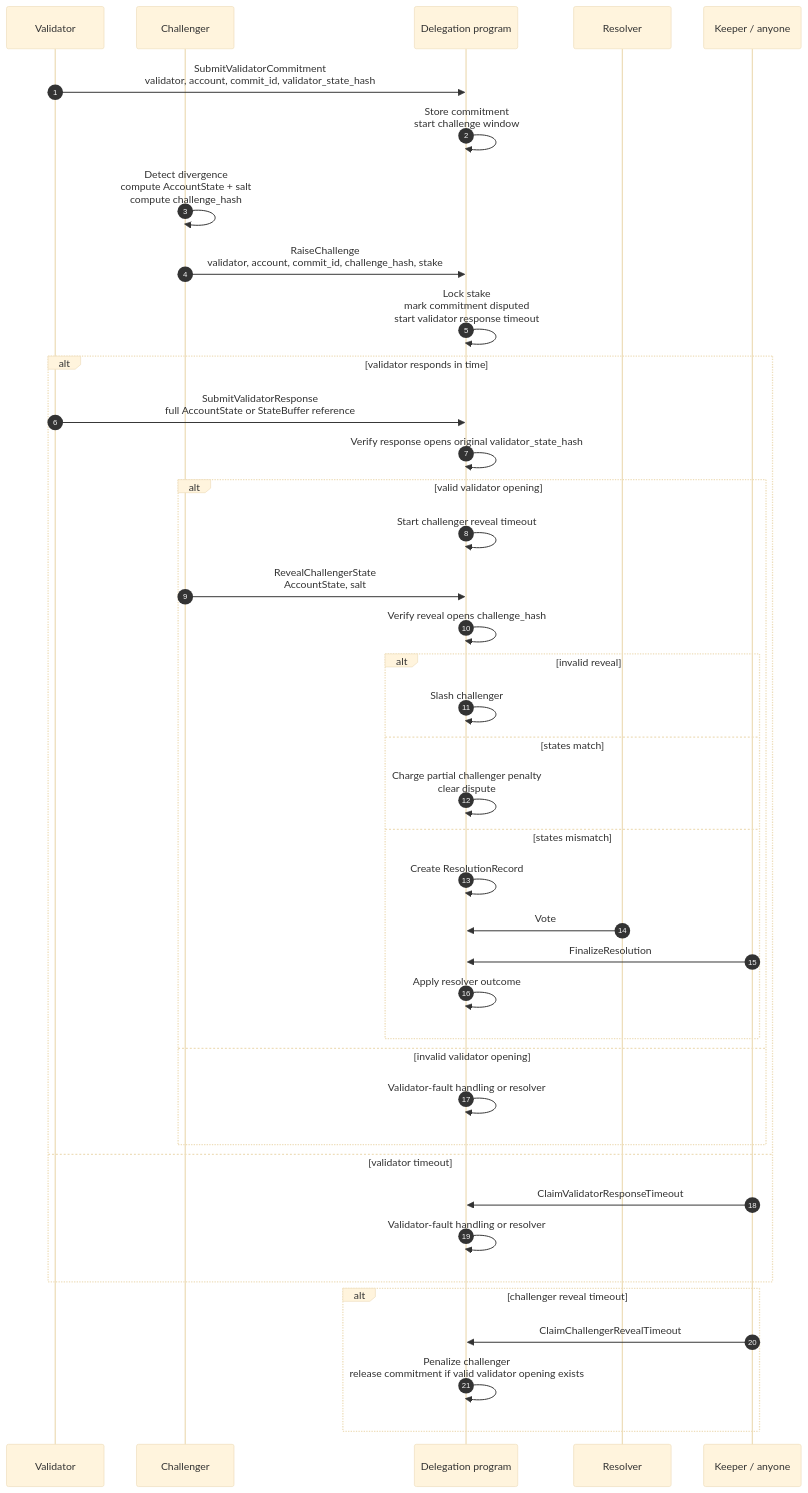
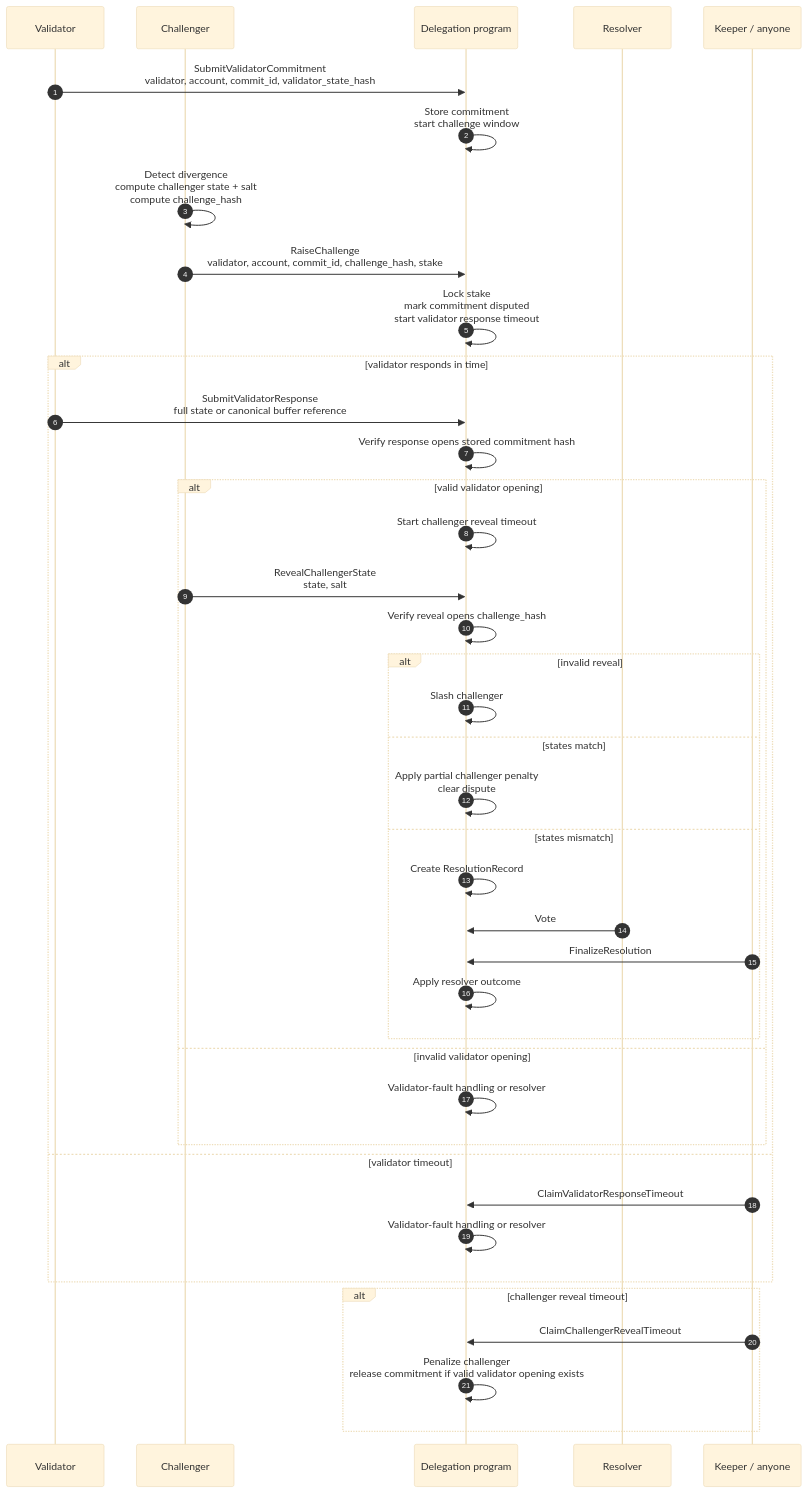
One commit to magicblock-labs/magicblock-validator changed the diagram in lld.md. Above: the diagram before and after it, drawn with Mermaid (base theme). The commit also changed other lines of this file, not shown here.

Commit message:
my interpretation of the original MMID

````diff
--- a/lld.md
+++ b/lld.md
@@ -82,48 +67,48 @@
 ```mermaid
 sequenceDiagram
     autonumber
     participant V as Validator
     participant C as Challenger
     participant DP as Delegation program
     participant R as Resolver
     participant K as Keeper / anyone
 
     V->>DP: SubmitValidatorCommitment<br/>validator, account, commit_id, validator_state_hash
     DP->>DP: Store commitment<br/>start challenge window
 
-    C->>C: Detect divergence<br/>compute AccountState + salt<br/>compute challenge_hash
+    C->>C: Detect divergence<br/>compute challenger state + salt<br/>compute challenge_hash
     C->>DP: RaiseChallenge<br/>validator, account, commit_id, challenge_hash, stake
     DP->>DP: Lock stake<br/>mark commitment disputed<br/>start validator response timeout
 
     alt validator responds in time
-        V->>DP: SubmitValidatorResponse<br/>full AccountState or StateBuffer reference
-        DP->>DP: Verify response opens original validator_state_hash
+        V->>DP: SubmitValidatorResponse<br/>full state or canonical buffer reference
+        DP->>DP: Verify response opens stored commitment hash
 
         alt valid validator opening
             DP->>DP: Start challenger reveal timeout
-            C->>DP: RevealChallengerState<br/>AccountState, salt
+            C->>DP: RevealChallengerState<br/>state, salt
             DP->>DP: Verify reveal opens challenge_hash
 
             alt invalid reveal
                 DP->>DP: Slash challenger
             else states match
-                DP->>DP: Charge partial challenger penalty<br/>clear dispute
+                DP->>DP: Apply partial challenger penalty<br/>clear dispute
             else states mismatch
                 DP->>DP: Create ResolutionRecord
                 R->>DP: Vote
                 K->>DP: FinalizeResolution
                 DP->>DP: Apply resolver outcome
             end
         else invalid validator opening
             DP->>DP: Validator-fault handling or resolver
         end
     else validator timeout
         K->>DP: ClaimValidatorResponseTimeout
         DP->>DP: Validator-fault handling or resolver
     end
 
     alt challenger reveal timeout
         K->>DP: ClaimChallengerRevealTimeout
         DP->>DP: Penalize challenger<br/>release commitment if valid validator opening exists
     end
 ```
````
